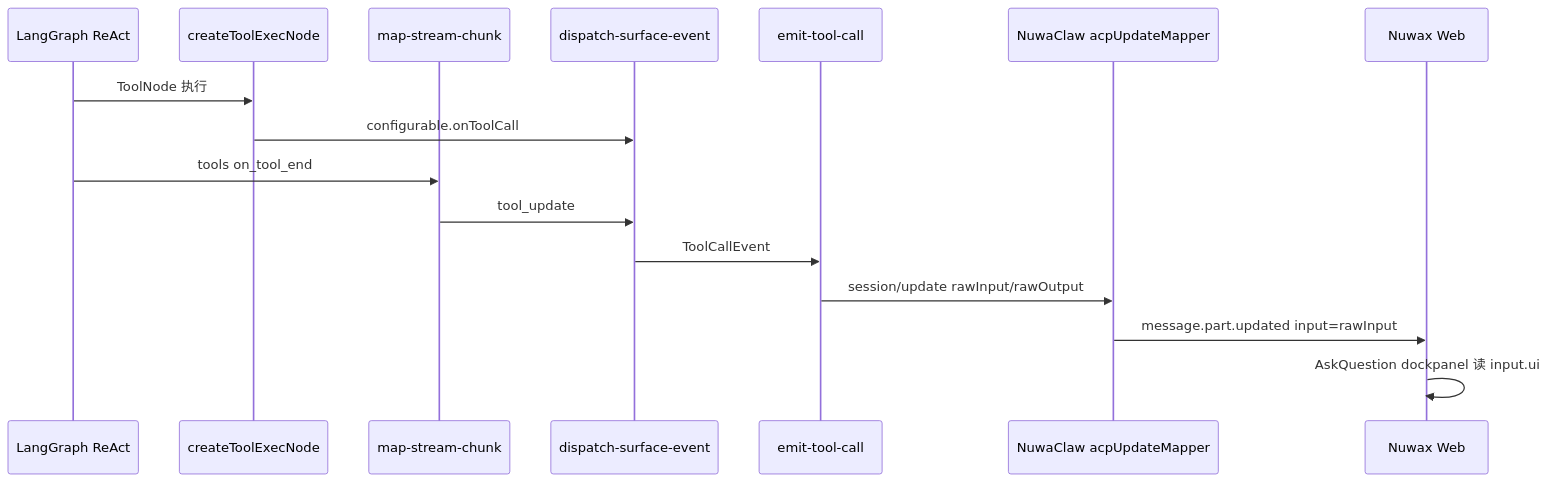
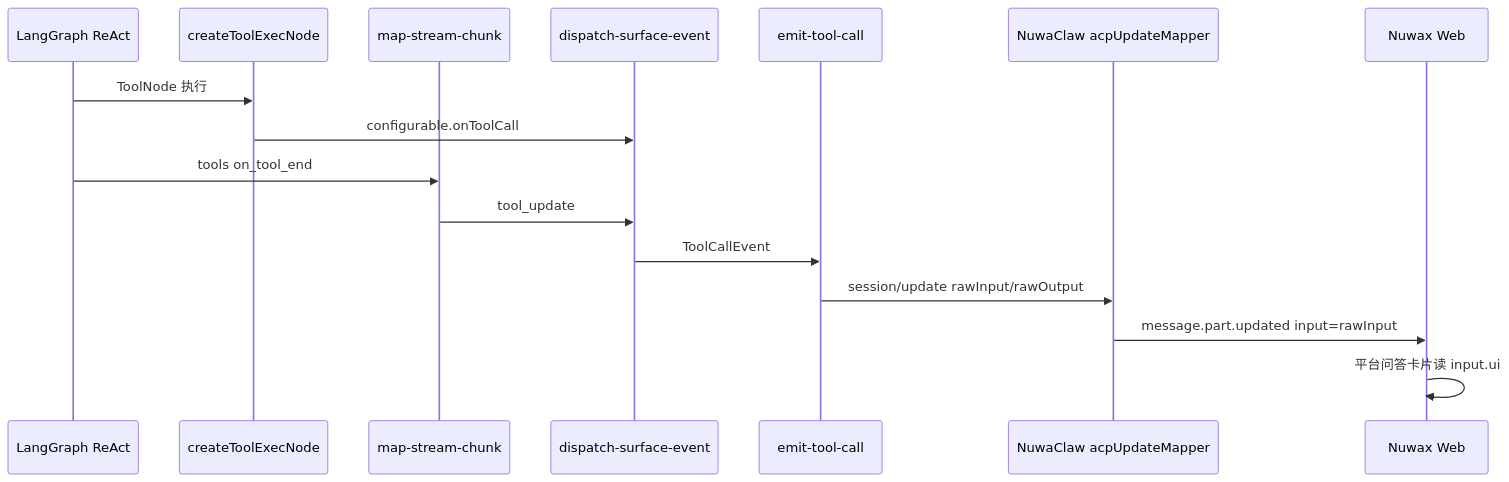
One commit to nuwax-ai/deepagents-dev-templates changed the second of 2 diagrams in docs/packages/deepagents-flow-ts/development/acp/dataflow-nuwaclaw.md. Above: the diagram before and after it, drawn with Mermaid. The commit also changed 104 other files, not shown here.

First line of the commit message:
feat(flow-ts): builtin ask-question MCP, HITL present_review, platform terms

````diff
--- a/docs/packages/deepagents-flow-ts/development/acp/dataflow-nuwaclaw.md
+++ b/docs/packages/deepagents-flow-ts/development/acp/dataflow-nuwaclaw.md
@@ -42,19 +42,19 @@
 ```mermaid
 sequenceDiagram
   participant Graph as LangGraph ReAct
   participant Node as createToolExecNode
   participant Stream as map-stream-chunk
   participant Dispatch as dispatch-surface-event
   participant Emit as emit-tool-call
   participant Host as NuwaClaw acpUpdateMapper
   participant Web as Nuwax Web
 
   Graph->>Node: ToolNode 执行
   Node->>Dispatch: configurable.onToolCall
   Graph->>Stream: tools on_tool_end
   Stream->>Dispatch: tool_update
   Dispatch->>Emit: ToolCallEvent
   Emit->>Host: session/update rawInput/rawOutput
   Host->>Web: message.part.updated input=rawInput
-  Web->>Web: AskQuestion dockpanel 读 input.ui
+  Web->>Web: 平台问答卡片读 input.ui
 ```
````
